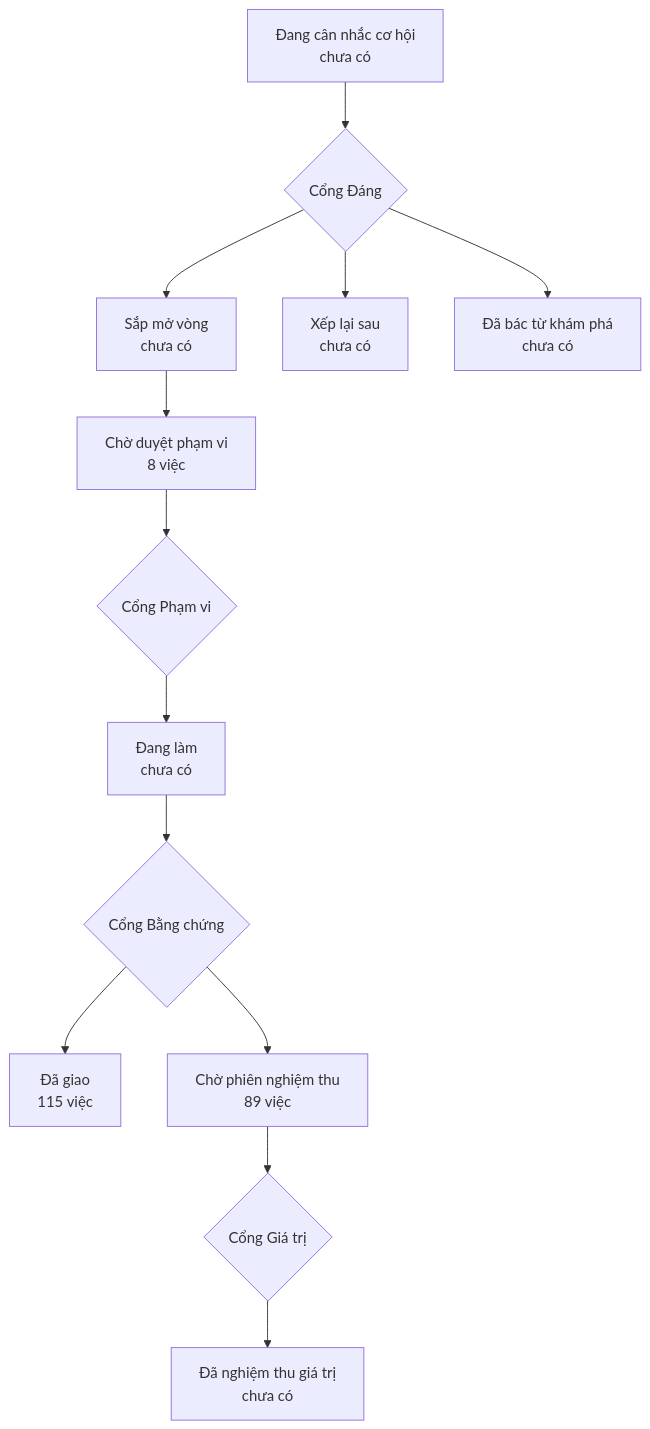
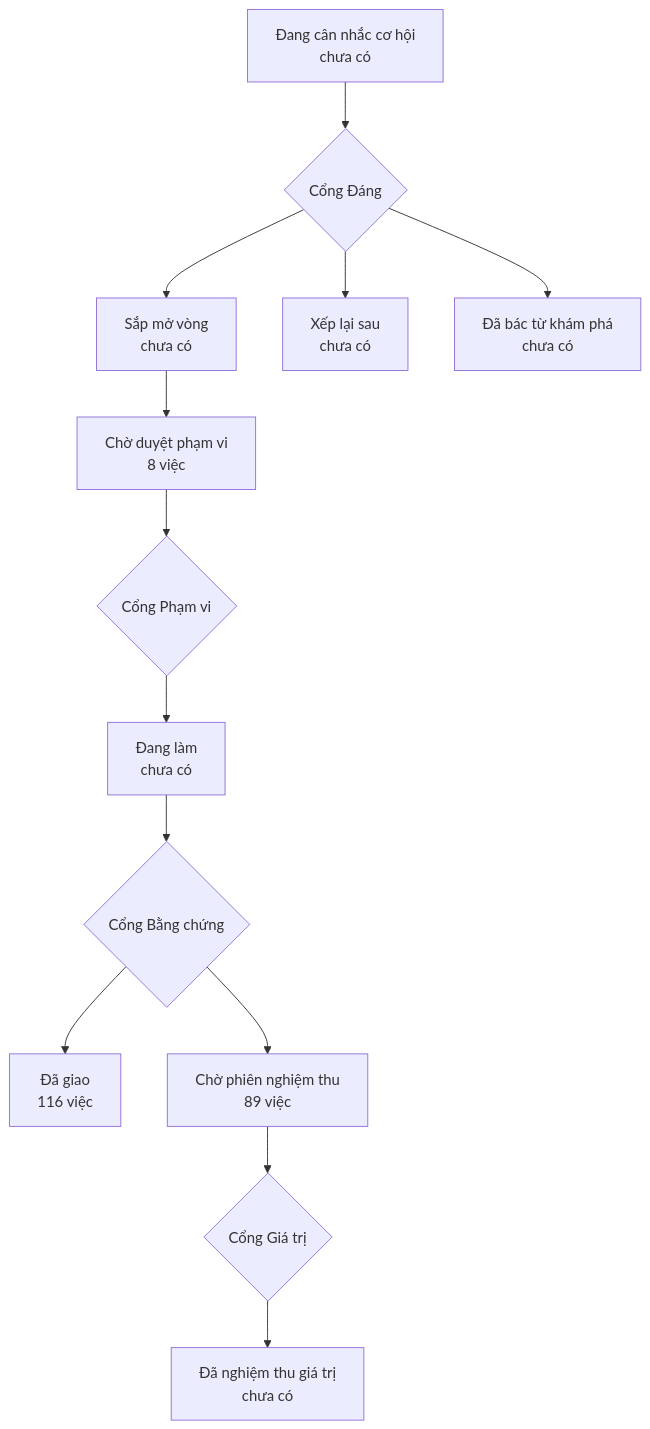
Before and after one commit to phanlemanh/onehub-invest: the diagram in PRODUCT-MAP.md, drawn with Mermaid. The commit also changed other lines of this file and 1 other file, not shown here.

Commit message:
chore(seller-ref-theo-nguoi-gui): vẽ lại bản đồ sau gộp main 1bb4b9cd

````diff
--- a/PRODUCT-MAP.md
+++ b/PRODUCT-MAP.md
@@ -7,12 +7,12 @@
 ```mermaid
 flowchart TD
   A["Đang cân nhắc cơ hội<br/>chưa có"] --> GD{"Cổng Đáng"}
   GD --> B["Sắp mở vòng<br/>chưa có"]
   GD --> XL["Xếp lại sau<br/>chưa có"]
   GD --> DB["Đã bác từ khám phá<br/>chưa có"]
   B --> CD["Chờ duyệt phạm vi<br/>8 việc"] --> GP{"Cổng Phạm vi"}
   GP --> DL["Đang làm<br/>chưa có"] --> GB{"Cổng Bằng chứng"}
-  GB --> DG["Đã giao<br/>115 việc"]
+  GB --> DG["Đã giao<br/>116 việc"]
   GB --> CN["Chờ phiên nghiệm thu<br/>89 việc"] --> GG{"Cổng Giá trị"}
   GG --> NT["Đã nghiệm thu giá trị<br/>chưa có"]
 ```
````
